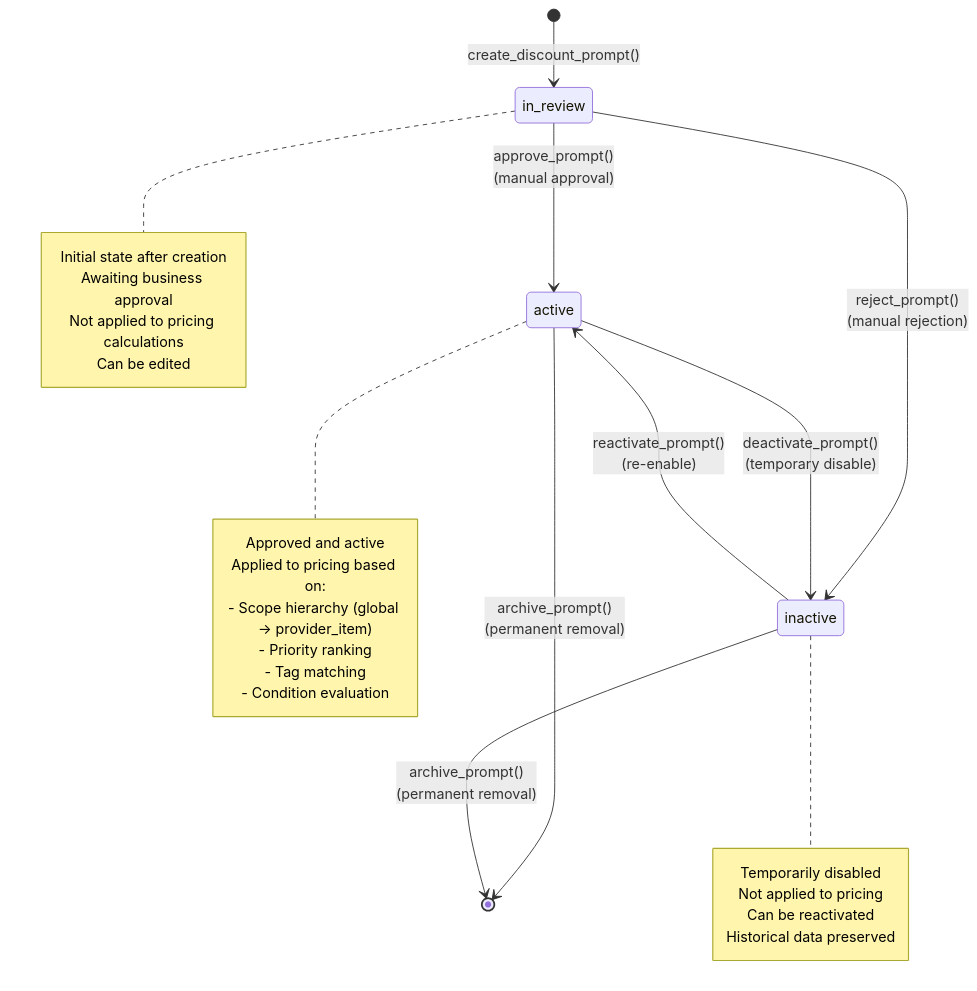
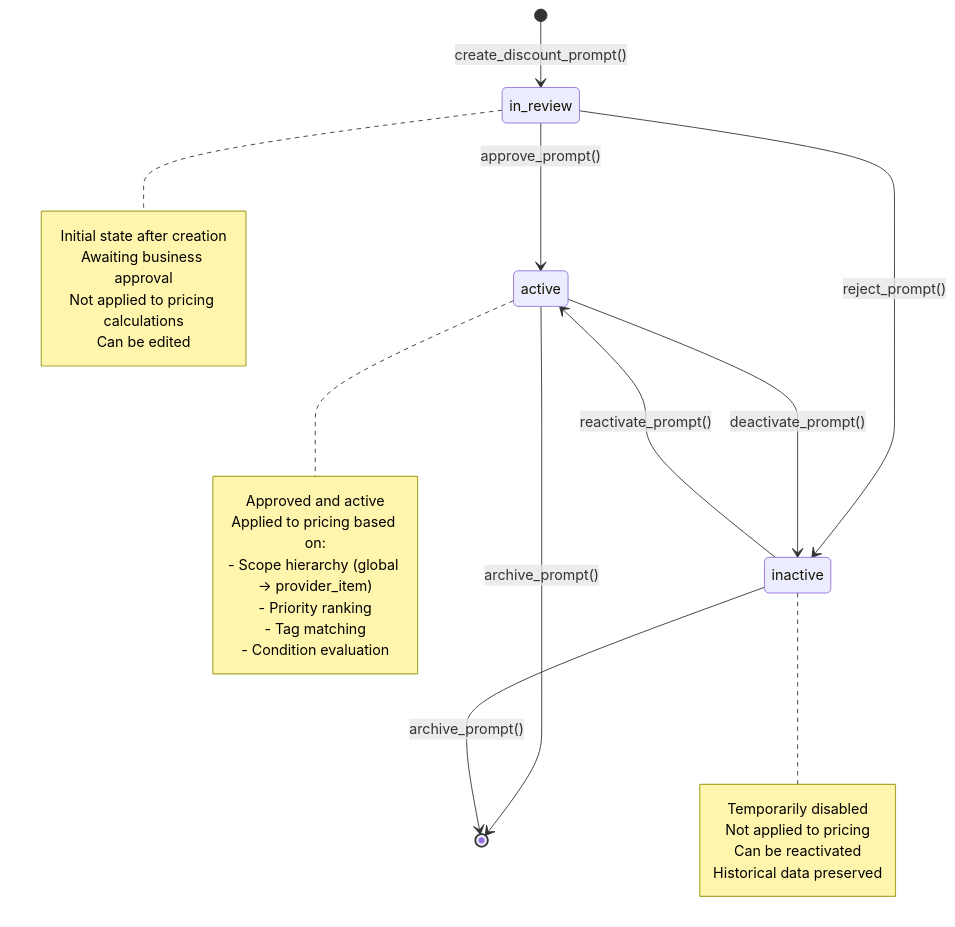
Before and after one commit to ideabosque/ai_rfq_engine: diagram 14 of 16 in docs/DEVELOPMENT_PLAN.md, drawn with Mermaid. The commit also changed other lines of this file, not shown here.

Commit message:
Clarify state diagrams in development plan

````diff
--- a/docs/DEVELOPMENT_PLAN.md
+++ b/docs/DEVELOPMENT_PLAN.md
@@ -1426,38 +1426,38 @@
 ```mermaid
 stateDiagram-v2
     [*] --> in_review: create_discount_prompt()
 
-    in_review --> active: approve_prompt()<br/>(manual approval)
+    in_review --> active: approve_prompt()
 
-    in_review --> inactive: reject_prompt()<br/>(manual rejection)
+    in_review --> inactive: reject_prompt()
 
-    active --> inactive: deactivate_prompt()<br/>(temporary disable)
+    active --> inactive: deactivate_prompt()
 
-    inactive --> active: reactivate_prompt()<br/>(re-enable)
+    inactive --> active: reactivate_prompt()
 
-    active --> [*]: archive_prompt()<br/>(permanent removal)
-    inactive --> [*]: archive_prompt()<br/>(permanent removal)
+    active --> [*]: archive_prompt()
+    inactive --> [*]: archive_prompt()
 
     note right of in_review
         Initial state after creation
         Awaiting business approval
         Not applied to pricing calculations
         Can be edited
     end note
 
     note right of active
         Approved and active
         Applied to pricing based on:
         - Scope hierarchy (global → provider_item)
         - Priority ranking
         - Tag matching
         - Condition evaluation
     end note
 
     note right of inactive
         Temporarily disabled
         Not applied to pricing
         Can be reactivated
         Historical data preserved
     end note
 ```
````
